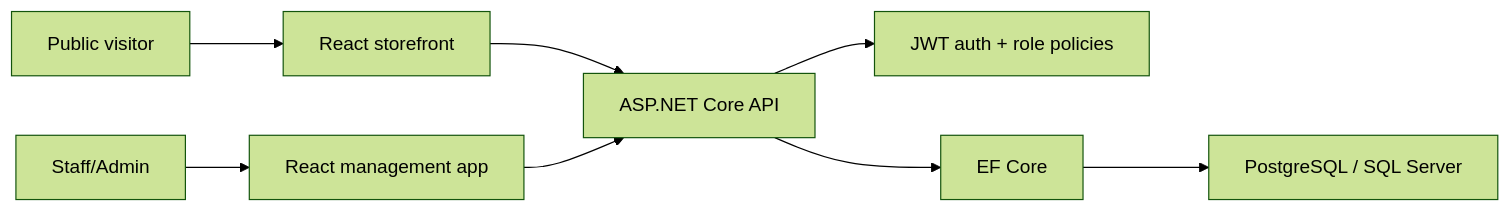
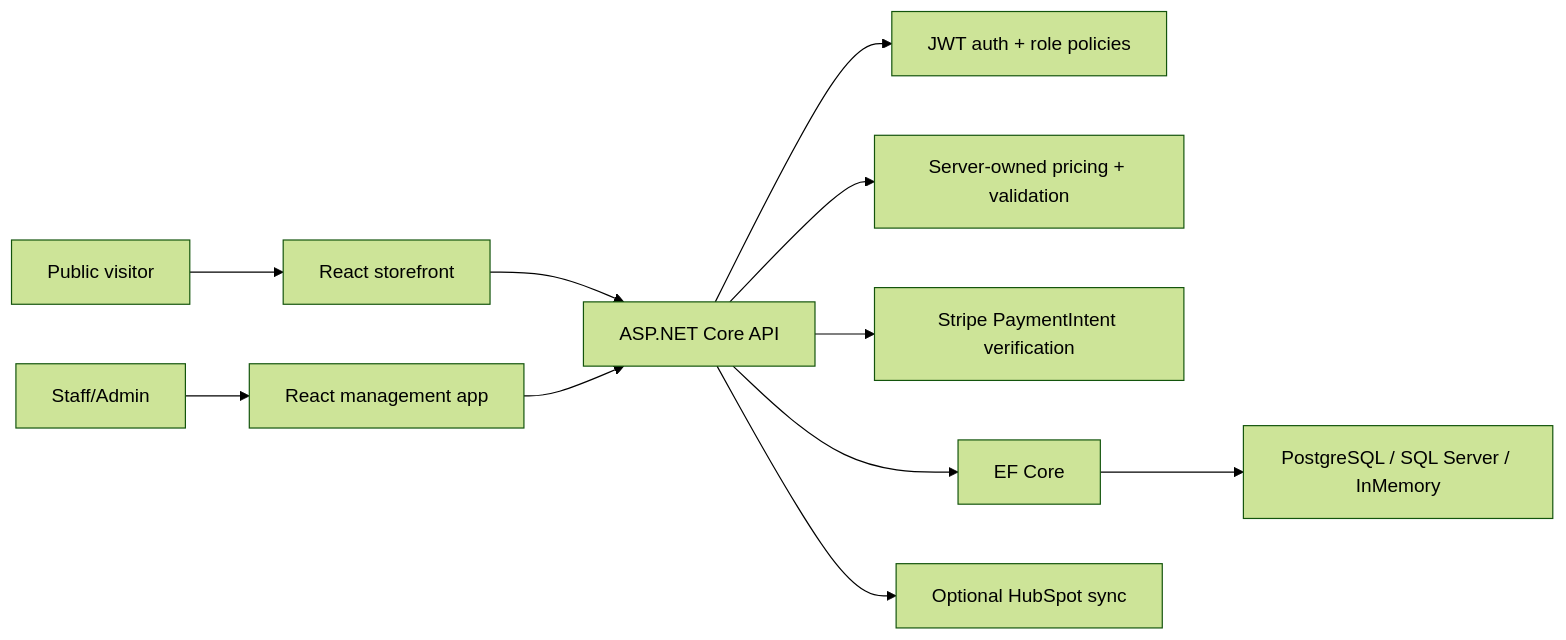
Before and after one commit to pancakebaker/dotnet-react-ecommerce-demo: the diagram in README.md, drawn with Mermaid (forest theme). The commit also changed other lines of this file and 3 other files, not shown here.

````diff
--- a/README.md
+++ b/README.md
@@ -49,10 +69,13 @@
 ```mermaid
 flowchart LR
   Visitor["Public visitor"] --> Storefront["React storefront"]
   Staff["Staff/Admin"] --> BackOffice["React management app"]
   Storefront --> Api["ASP.NET Core API"]
   BackOffice --> Api
   Api --> Auth["JWT auth + role policies"]
+  Api --> Pricing["Server-owned pricing + validation"]
+  Api --> Stripe["Stripe PaymentIntent verification"]
   Api --> Ef["EF Core"]
-  Ef --> Db["PostgreSQL / SQL Server"]
+  Ef --> Db["PostgreSQL / SQL Server / InMemory"]
+  Api --> HubSpot["Optional HubSpot sync"]
 ```
````
